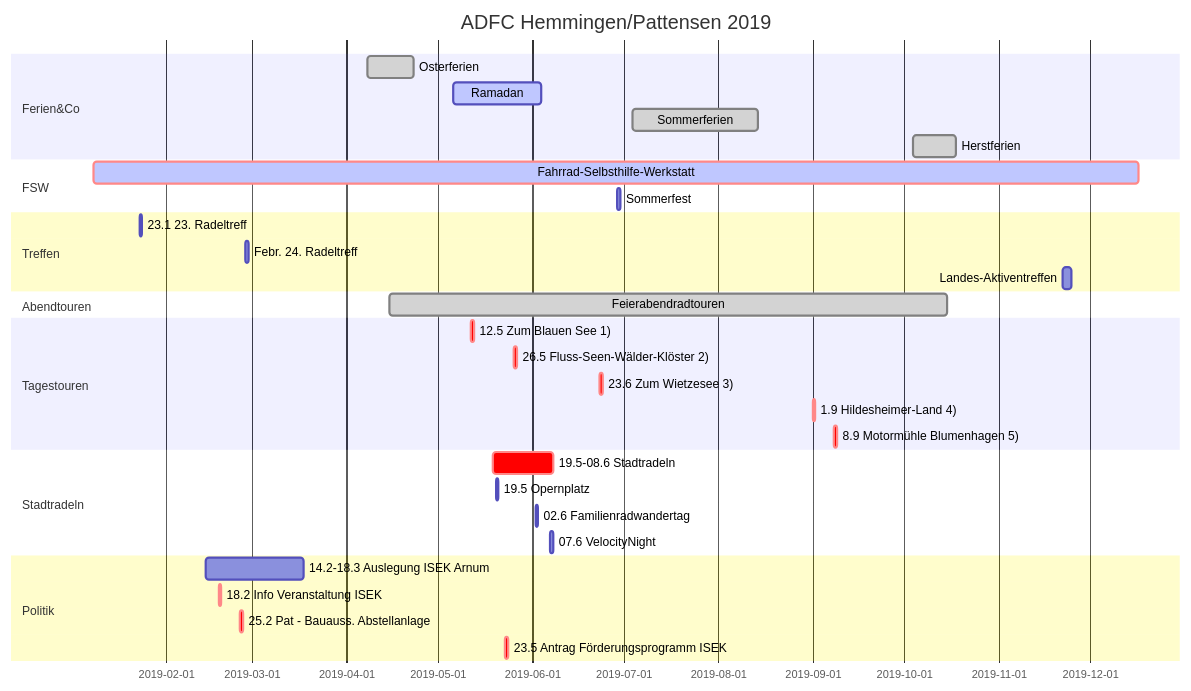
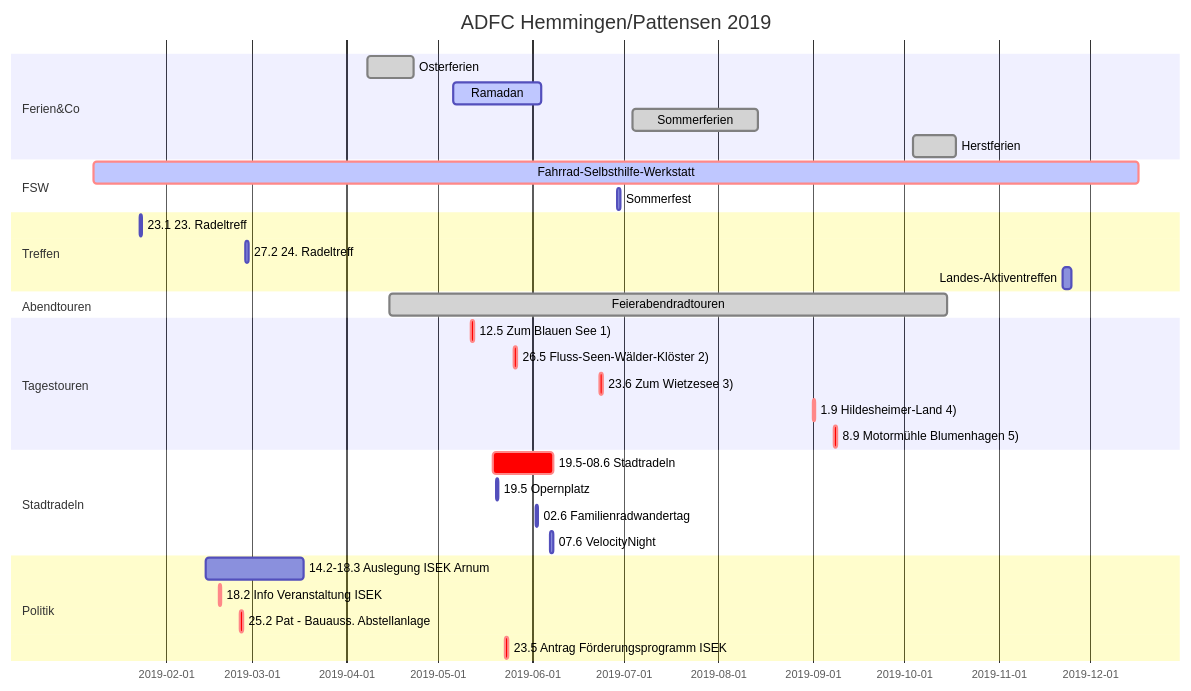
One commit to adfc-hemmingen-pattensen/adfc-hemmingen-pattensen.github.io changed the diagram in index.md. Above: the diagram before and after it, drawn with Mermaid. The commit also changed other lines of this file and 2 other files, not shown here.

````diff
--- a/index.md
+++ b/index.md
@@ -102,43 +116,43 @@
 ```mermaid
 gantt
   title ADFC Hemmingen/Pattensen 2019
   dateFormat  DD.MM.YY
 
 section Ferien&Co
   Osterferien :done,        08.04.19, 23.04.19
   Ramadan     :active,done, 06.05.19, 04.06.19
   Sommerferien:done,        04.07.19, 14.08.19
   Herstferien :done,        04.10.19, 18.10.19
 
 section FSW
   Fahrrad-Selbsthilfe-Werkstatt :crit,active, 08.01.19, 17.12.19
   Sommerfest                    : 29.06.19, 1d
 
 section Treffen
   23.1 23. Radeltreff  : 23.01.19, 1d
-  Febr. 24. Radeltreff : 27.02.19, 1d
+  27.2 24. Radeltreff : 27.02.19, 1d
   Landes-Aktiventreffen: 22.11.19, 3d
   
 section Abendtouren
   Feierabendradtouren        :done,       15.04.19, 15.10.19
 
 section Tagestouren
   12.5 Zum Blauen See 1)           :crit, 12.05.19,1d
   26.5 Fluss-Seen-Wälder-Klöster 2):crit, 26.05.19,1d
   23.6 Zum Wietzesee 3)            :crit, 23.06.19,1d
   1.9 Hildesheimer-Land 4)         :crit, 01.09.19,1d
   8.9 Motormühle Blumenhagen 5)    :crit, 08.09.19,1d
   
 
 section Stadtradeln
   19.5-08.6 Stadtradeln    : crit, 19.05.19, 08.06.19
   19.5 Opernplatz          :       20.05.19, 1d
   02.6 Familienradwandertag:       02.06.19, 1d
   07.6 VelocityNight       :       07.06.19, 1d
 
 section Politik
   14.2-18.3 Auslegung ISEK Arnum: 14.02.19, 18.03.19
   18.2 Info Veranstaltung ISEK  : crit, 18.02.19, 1d 
   25.2 Pat - Bauauss. Abstellanlage : crit, 25.02.19, 1d
   23.5 Antrag Förderungsprogramm ISEK : crit, 23.05.19,1d 
 ```
````
